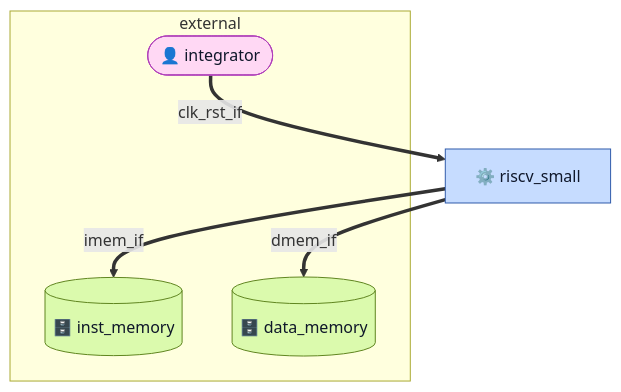
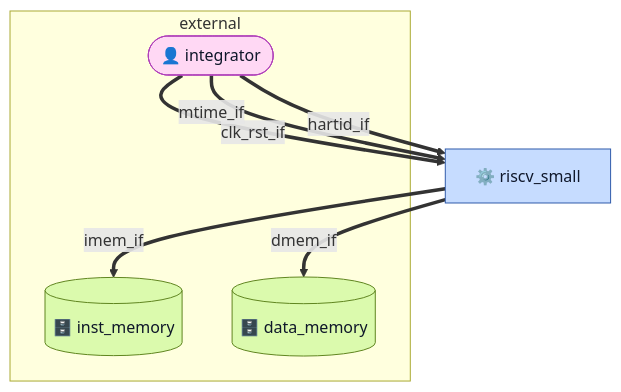
One commit to nelsonafn/riscv-small changed the first of 4 diagrams in doc/uarch.md. Above: the diagram before and after it, drawn with Mermaid. The commit also changed other lines of this file and 44 other files, not shown here.

First line of the commit message:
Add external trap sequences and trap ordering tests for riscv_small

````diff
--- a/doc/uarch.md
+++ b/doc/uarch.md
@@ -76,20 +86,22 @@
 ```mermaid
 flowchart TD
     accTitle: riscv-small memory context
-    accDescr: The core sits between one integrator and two external memories, with one interface line per boundary. The trap request reaches control directly and is omitted at this level.
+    accDescr: The core sits between one integrator and two external memories, with one interface line per boundary. The trap request reaches control directly and is omitted at this level; the platform straps mtime and hart_id are drawn as the two inputs they are.
     classDef stage fill:#c6dcff,stroke:#305bab,color:#0f172a
     classDef memory fill:#dbfaad,stroke:#608520,color:#0f172a
     classDef external fill:#ffd8f4,stroke:#af3fb9,color:#0f172a
 
     subgraph EXT["external"]
         SOC(["👤 integrator"]):::external
         IMEM[("🗄️ inst_memory")]:::memory
         DMEM[("🗄️ data_memory")]:::memory
     end
 
     CORE["⚙️ riscv_small"]:::stage
 
     SOC ==>|"clk_rst_if"| CORE
+    SOC ==>|"mtime_if"| CORE
+    SOC ==>|"hartid_if"| CORE
     CORE ==>|"imem_if"| IMEM
     CORE ==>|"dmem_if"| DMEM
 ```
````
